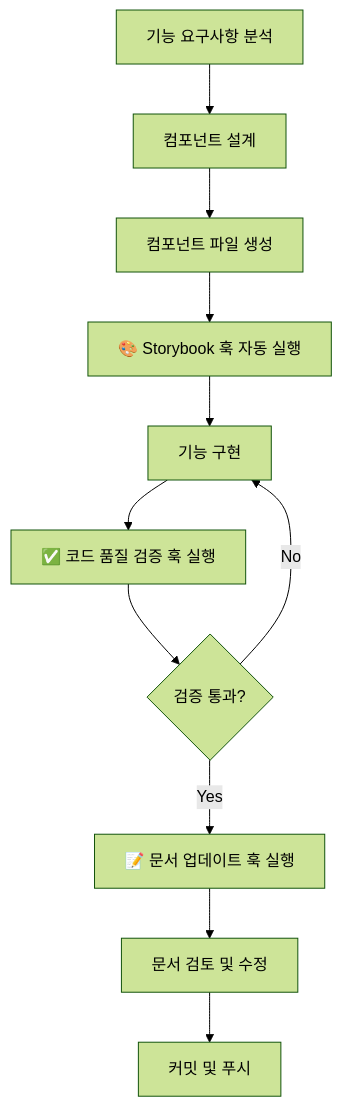
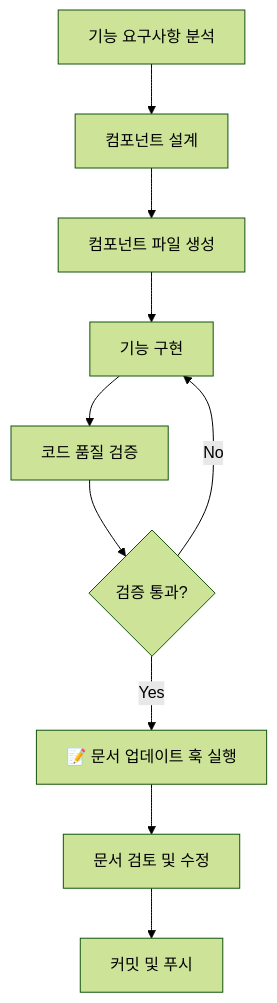
Before and after one commit to chan-ok/blog: the diagram in docs/hooks-guide.md, drawn with Mermaid (forest theme). The commit also changed other lines of this file and 2 other files, not shown here.

````diff
--- a/docs/hooks-guide.md
+++ b/docs/hooks-guide.md
@@ -238,13 +98,12 @@
 ```mermaid
 graph TD
     A[기능 요구사항 분석] --> B[컴포넌트 설계]
     B --> C[컴포넌트 파일 생성]
-    C --> D[🎨 Storybook 훅 자동 실행]
-    D --> E[기능 구현]
-    E --> F[✅ 코드 품질 검증 훅 실행]
-    F --> G{검증 통과?}
-    G -->|No| E
-    G -->|Yes| H[📝 문서 업데이트 훅 실행]
-    H --> I[문서 검토 및 수정]
-    I --> J[커밋 및 푸시]
+    C --> D[기능 구현]
+    D --> E[코드 품질 검증]
+    E --> F{검증 통과?}
+    F -->|No| D
+    F -->|Yes| G[📝 문서 업데이트 훅 실행]
+    G --> H[문서 검토 및 수정]
+    H --> I[커밋 및 푸시]
 ```
````
